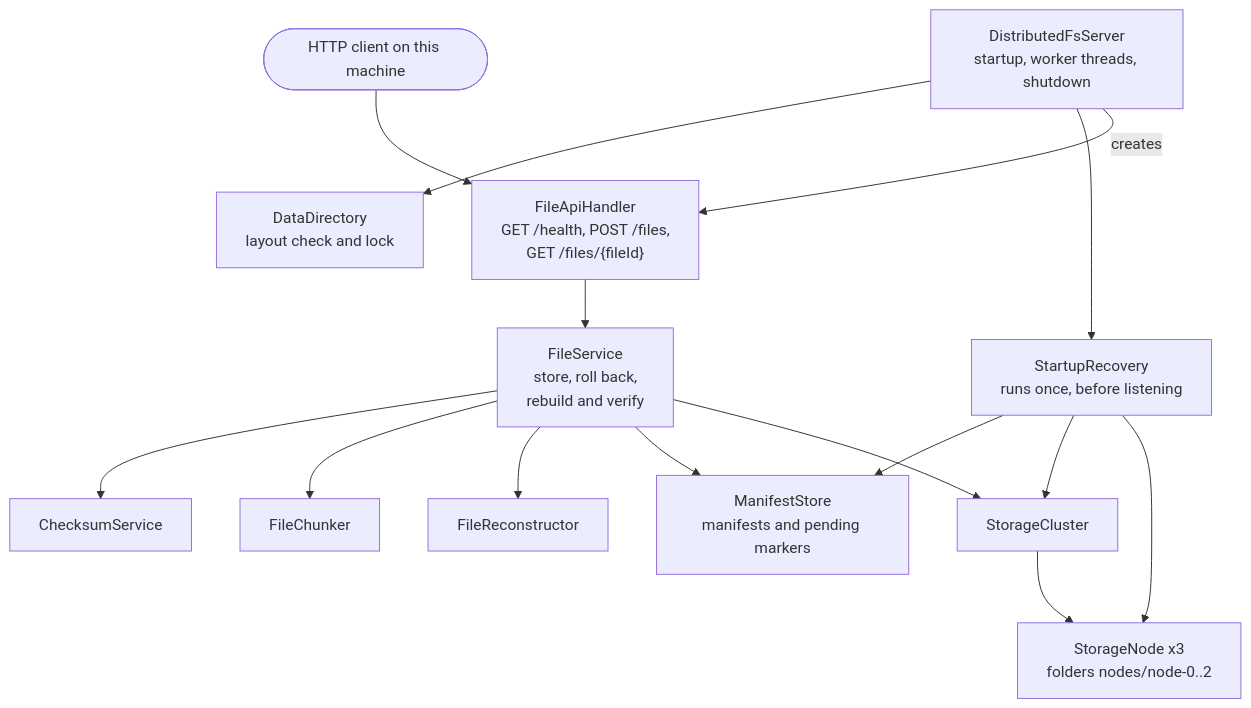
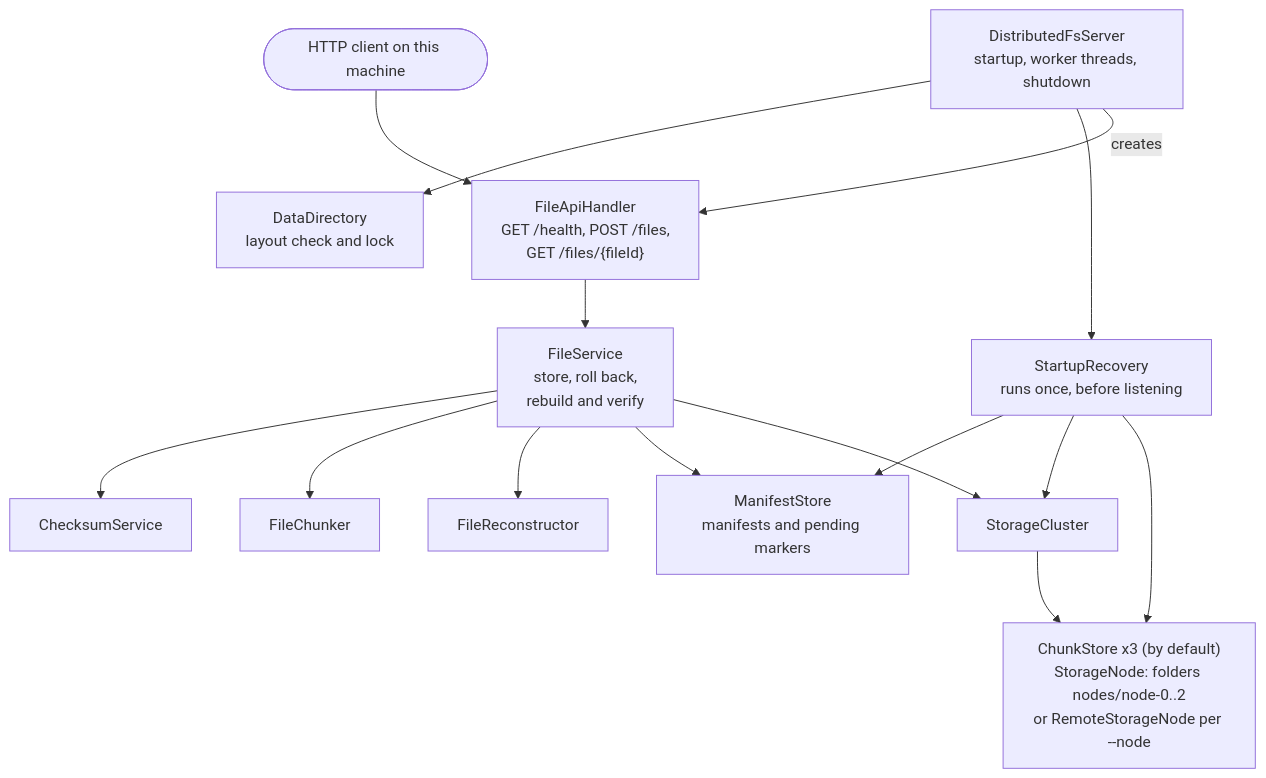
The second of 4 diagrams in README.md (Manasva504/DistributedFS), drawn with Mermaid before and after one commit. The commit also changed other lines of this file and 10 other files, not shown here.

First line of the commit message:
M1b: server uses networked storage nodes, recovery via node API, demo script

````diff
--- a/README.md
+++ b/README.md
@@ -99,24 +99,24 @@
 ```mermaid
 flowchart TD
     client(["HTTP client on this machine"])
     server["DistributedFsServer<br/>startup, worker threads, shutdown"]
     datadir["DataDirectory<br/>layout check and lock"]
     recovery["StartupRecovery<br/>runs once, before listening"]
     handler["FileApiHandler<br/>GET /health, POST /files,<br/>GET /files/{fileId}"]
     service["FileService<br/>store, roll back,<br/>rebuild and verify"]
     rebuilder["FileReconstructor"]
     manifests["ManifestStore<br/>manifests and pending markers"]
     checksum["ChecksumService"]
     chunker["FileChunker"]
     cluster["StorageCluster"]
-    nodes["StorageNode x3<br/>folders nodes/node-0..2"]
+    nodes["ChunkStore x3 (by default)<br/>StorageNode: folders nodes/node-0..2<br/>or RemoteStorageNode per --node"]
 
     client --> handler
     server --> datadir
     server --> recovery
     server -- "creates" --> handler
     handler --> service
     service --> checksum & chunker & rebuilder & manifests & cluster
     recovery --> manifests & cluster & nodes
     cluster --> nodes
 ```
````
